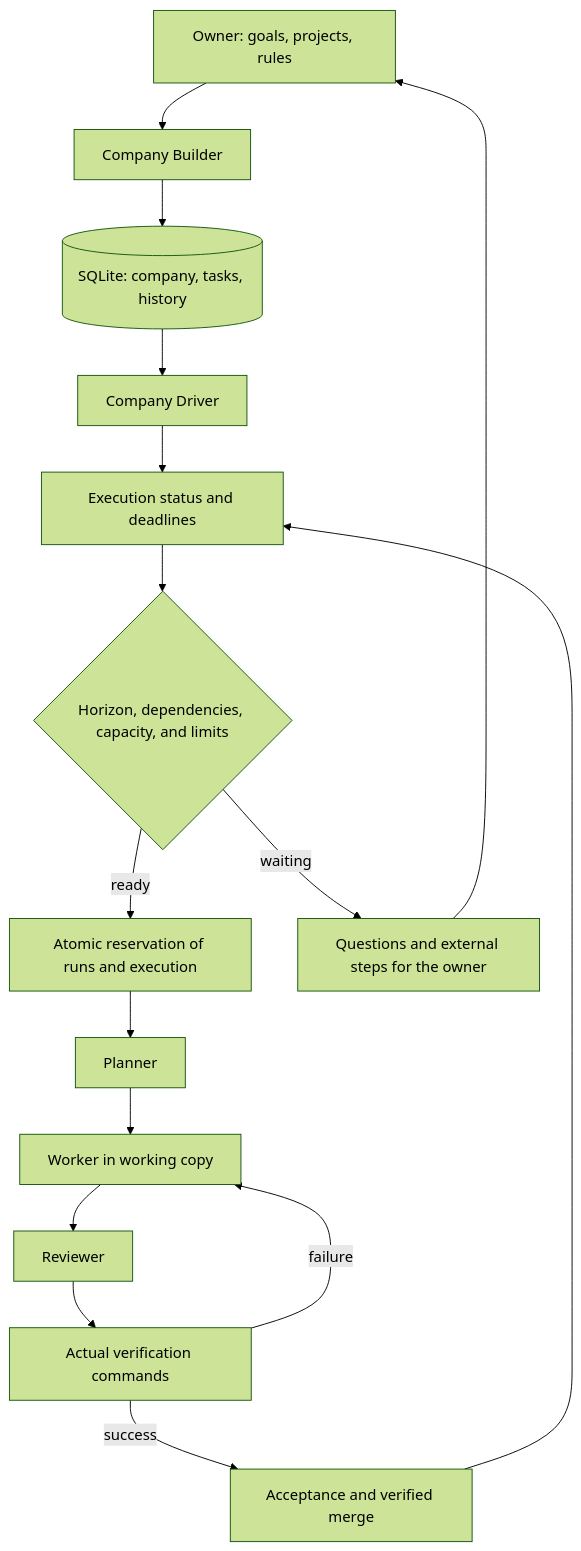
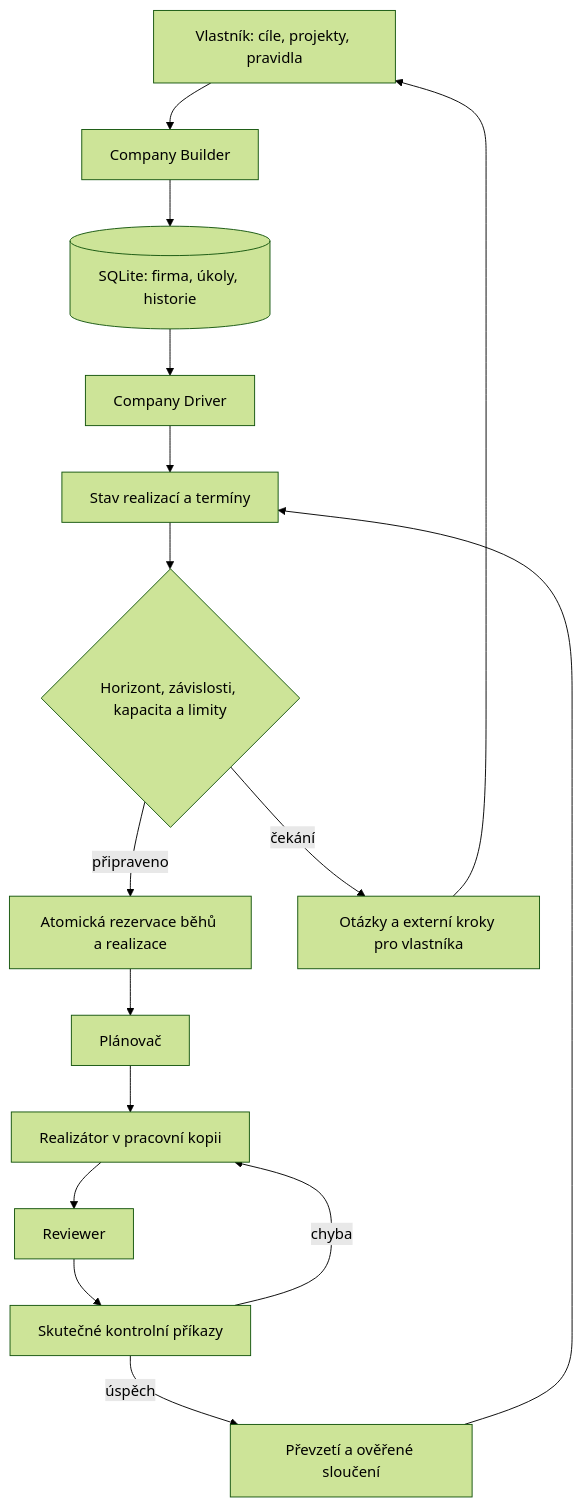
Before and after one commit to RulezZzOr/miner: the diagram in studio/docs/COMPANY_DRIVER.md, drawn with Mermaid (forest theme). The commit also changed other lines of this file and 70 other files, not shown here.

````diff
--- a/studio/docs/COMPANY_DRIVER.md
+++ b/studio/docs/COMPANY_DRIVER.md
@@ -18,18 +27,18 @@
 ```mermaid
 flowchart TD
-    Owner[Owner: goals, projects, rules] --> Builder[Company Builder]
-    Builder --> DB[(SQLite: company, tasks, history)]
+    Owner[Vlastník: cíle, projekty, pravidla] --> Builder[Company Builder]
+    Builder --> DB[(SQLite: firma, úkoly, historie)]
     DB --> Driver[Company Driver]
-    Driver --> Observe[Execution status and deadlines]
-    Observe --> Gate{Horizon, dependencies, capacity, and limits}
-    Gate -->|ready| Reserve[Atomic reservation of runs and execution]
-    Gate -->|waiting| Inbox[Questions and external steps for the owner]
-    Reserve --> Plan[Planner]
-    Plan --> Worker[Worker in working copy]
+    Driver --> Observe[Stav realizací a termíny]
+    Observe --> Gate{Horizont, závislosti, kapacita a limity}
+    Gate -->|připraveno| Reserve[Atomická rezervace běhů a realizace]
+    Gate -->|čekání| Inbox[Otázky a externí kroky pro vlastníka]
+    Reserve --> Plan[Plánovač]
+    Plan --> Worker[Realizátor v pracovní kopii]
     Worker --> Review[Reviewer]
-    Review --> Checks[Actual verification commands]
-    Checks -->|failure| Worker
-    Checks -->|success| Accept[Acceptance and verified merge]
+    Review --> Checks[Skutečné kontrolní příkazy]
+    Checks -->|chyba| Worker
+    Checks -->|úspěch| Accept[Převzetí a ověřené sloučení]
     Accept --> Observe
     Inbox --> Owner
 ```
````
